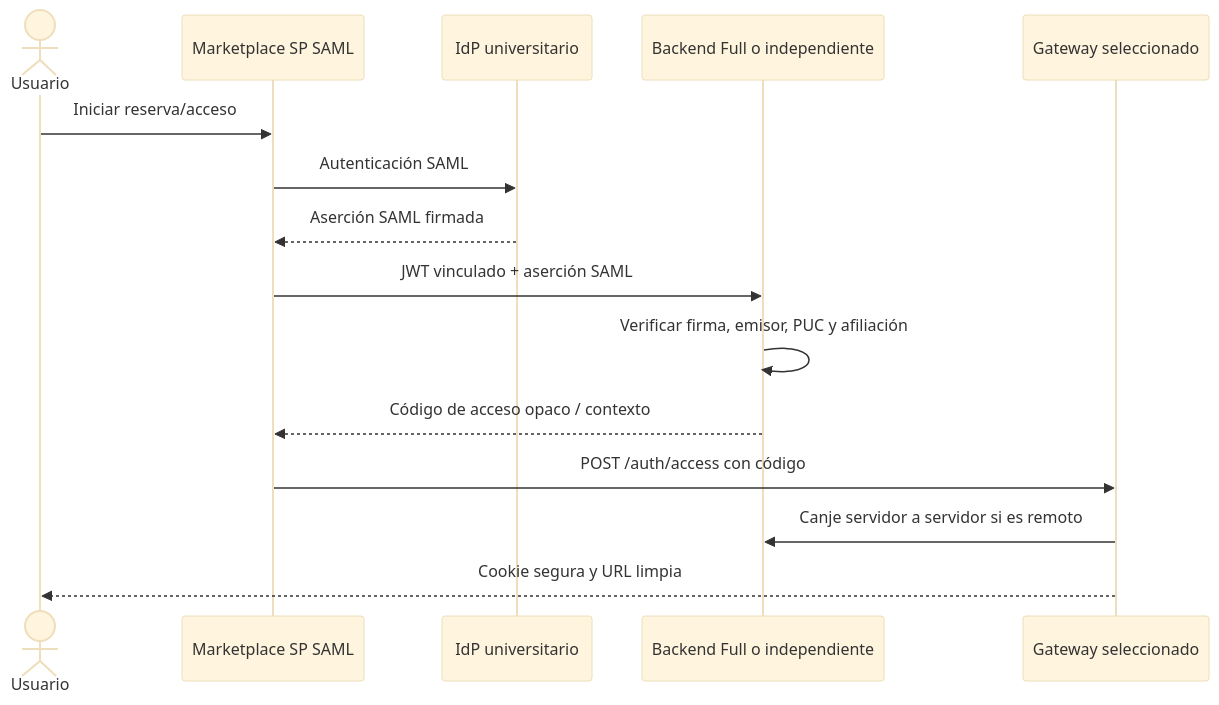
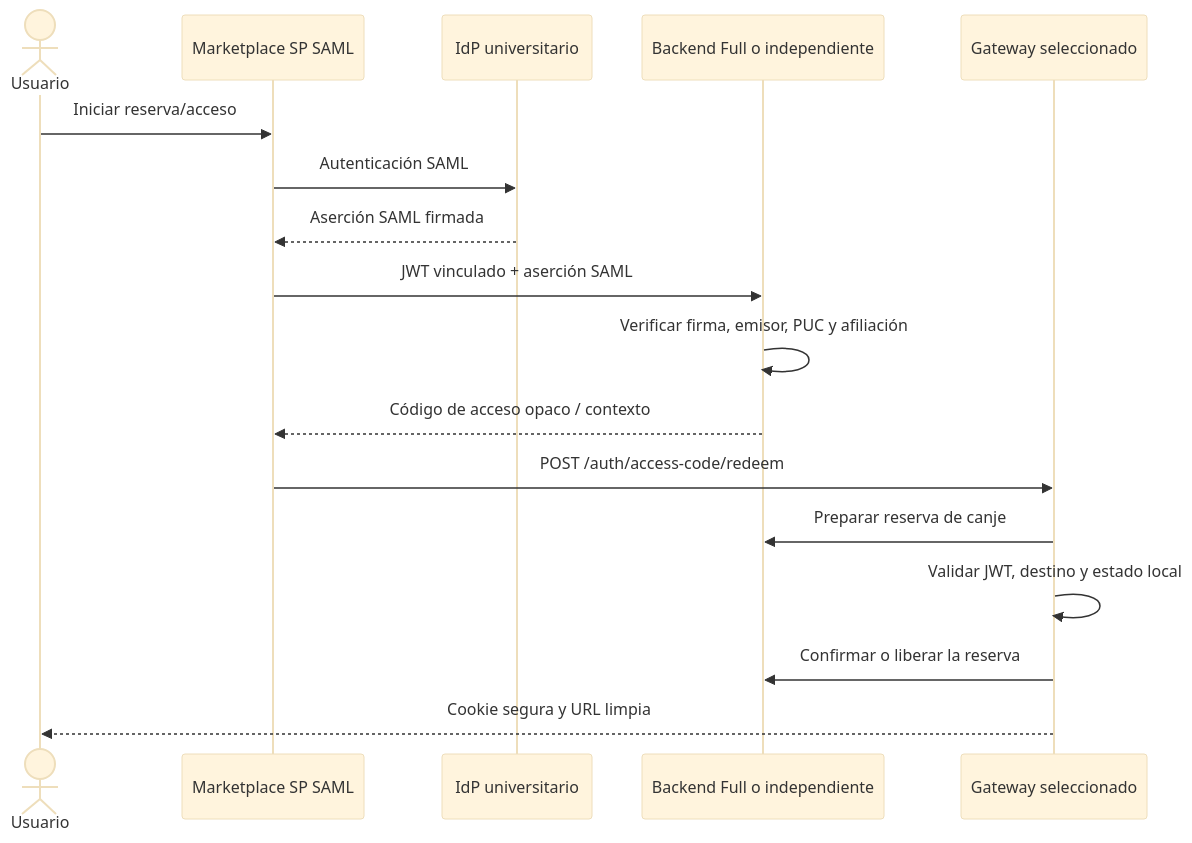
Before and after one commit to DecentraLabsCom/Lab-Gateway: the diagram in docs/edugain/edugain-federacion.md, drawn with Mermaid (base theme). The commit also changed 34 other files, not shown here.

Commit message:
Align gateway access flow and documentation

````diff
--- a/docs/edugain/edugain-federacion.md
+++ b/docs/edugain/edugain-federacion.md
@@ -19,18 +19,20 @@
 ```mermaid
 sequenceDiagram
     actor Usuario
     participant M as Marketplace SP SAML
     participant IdP as IdP universitario
     participant B as Backend Full o independiente
     participant L as Gateway seleccionado
 
     Usuario->>M: Iniciar reserva/acceso
     M->>IdP: Autenticación SAML
     IdP-->>M: Aserción SAML firmada
     M->>B: JWT vinculado + aserción SAML
     B->>B: Verificar firma, emisor, PUC y afiliación
     B-->>M: Código de acceso opaco / contexto
-    M->>L: POST /auth/access con código
-    L->>B: Canje servidor a servidor si es remoto
+    M->>L: POST /auth/access-code/redeem
+    L->>B: Preparar reserva de canje
+    L->>L: Validar JWT, destino y estado local
+    L->>B: Confirmar o liberar la reserva
     L-->>Usuario: Cookie segura y URL limpia
 ```
````
